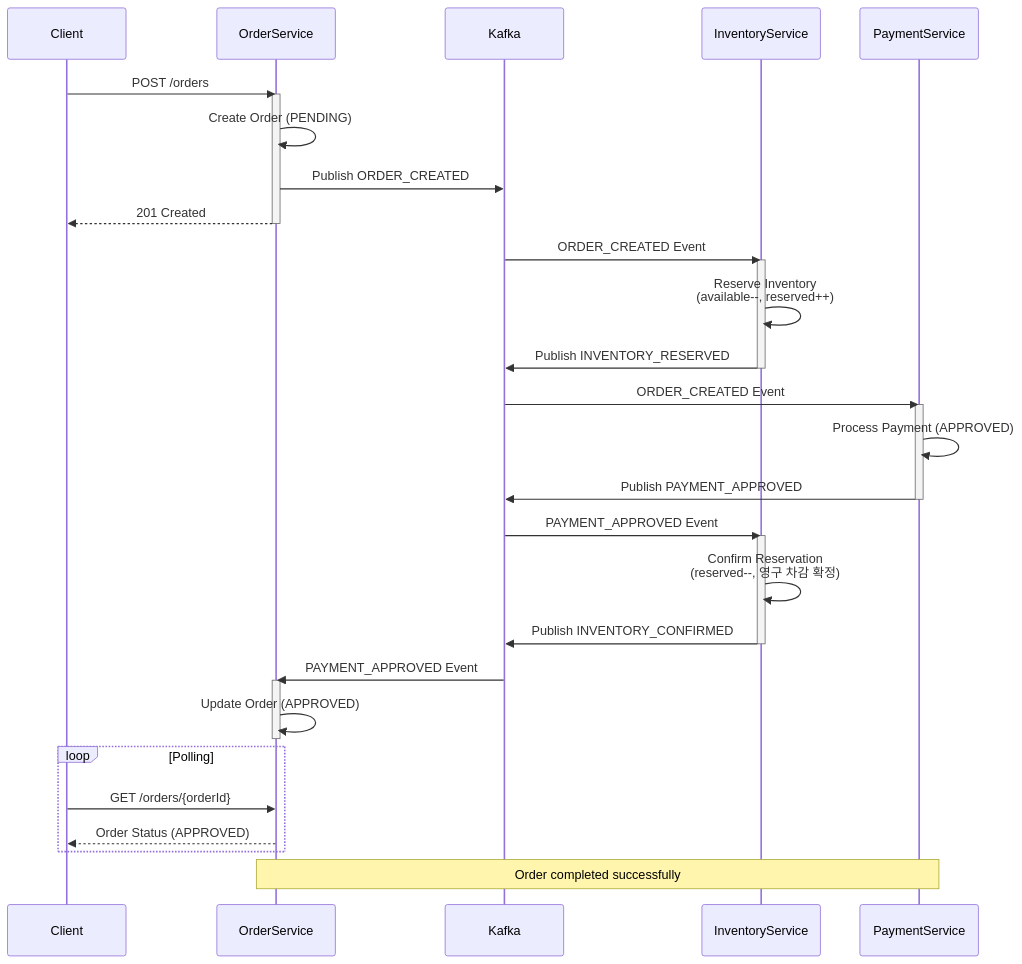
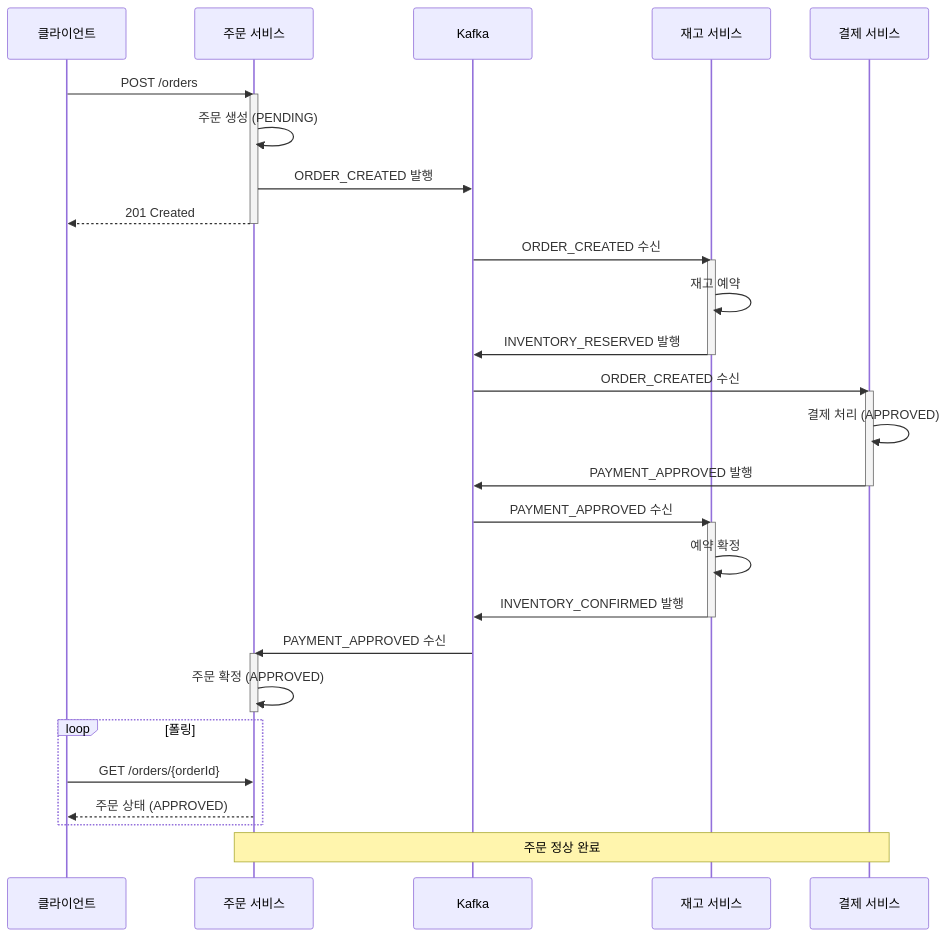
Before and after one commit to kimjunyoung90/saga-examples: the second of 5 diagrams in choreography/README.md, drawn with Mermaid. The commit also changed other lines of this file and 1 other file, not shown here.

````diff
--- a/choreography/README.md
+++ b/choreography/README.md
@@ -53,45 +53,45 @@
 ```mermaid
 sequenceDiagram
-    participant Client
-    participant OrderService
+    participant Client as 클라이언트
+    participant OS as 주문 서비스
     participant Kafka
-    participant InventoryService
-    participant PaymentService
+    participant IS as 재고 서비스
+    participant PS as 결제 서비스
 
-    Client->>OrderService: POST /orders
-    activate OrderService
-    OrderService->>OrderService: Create Order (PENDING)
-    OrderService->>Kafka: Publish ORDER_CREATED
-    OrderService-->>Client: 201 Created
-    deactivate OrderService
+    Client->>OS: POST /orders
+    activate OS
+    OS->>OS: 주문 생성 (PENDING)
+    OS->>Kafka: ORDER_CREATED 발행
+    OS-->>Client: 201 Created
+    deactivate OS
 
-    Kafka->>InventoryService: ORDER_CREATED Event
-    activate InventoryService
-    InventoryService->>InventoryService: Reserve Inventory<br/>(available--, reserved++)
-    InventoryService->>Kafka: Publish INVENTORY_RESERVED
-    deactivate InventoryService
+    Kafka->>IS: ORDER_CREATED 수신
+    activate IS
+    IS->>IS: 재고 예약
+    IS->>Kafka: INVENTORY_RESERVED 발행
+    deactivate IS
 
-    Kafka->>PaymentService: ORDER_CREATED Event
-    activate PaymentService
-    PaymentService->>PaymentService: Process Payment (APPROVED)
-    PaymentService->>Kafka: Publish PAYMENT_APPROVED
-    deactivate PaymentService
+    Kafka->>PS: ORDER_CREATED 수신
+    activate PS
+    PS->>PS: 결제 처리 (APPROVED)
+    PS->>Kafka: PAYMENT_APPROVED 발행
+    deactivate PS
 
-    Kafka->>InventoryService: PAYMENT_APPROVED Event
-    activate InventoryService
-    InventoryService->>InventoryService: Confirm Reservation<br/>(reserved--, 영구 차감 확정)
-    InventoryService->>Kafka: Publish INVENTORY_CONFIRMED
-    deactivate InventoryService
+    Kafka->>IS: PAYMENT_APPROVED 수신
+    activate IS
+    IS->>IS: 예약 확정
+    IS->>Kafka: INVENTORY_CONFIRMED 발행
+    deactivate IS
 
-    Kafka->>OrderService: PAYMENT_APPROVED Event
-    activate OrderService
-    OrderService->>OrderService: Update Order (APPROVED)
-    deactivate OrderService
+    Kafka->>OS: PAYMENT_APPROVED 수신
+    activate OS
+    OS->>OS: 주문 확정 (APPROVED)
+    deactivate OS
 
-    loop Polling
-        Client->>OrderService: GET /orders/{orderId}
-        OrderService-->>Client: Order Status (APPROVED)
+    loop 폴링
+        Client->>OS: GET /orders/{orderId}
+        OS-->>Client: 주문 상태 (APPROVED)
     end
 
-    Note over OrderService,PaymentService: Order completed successfully
+    Note over OS,PS: 주문 정상 완료
 ```
````
